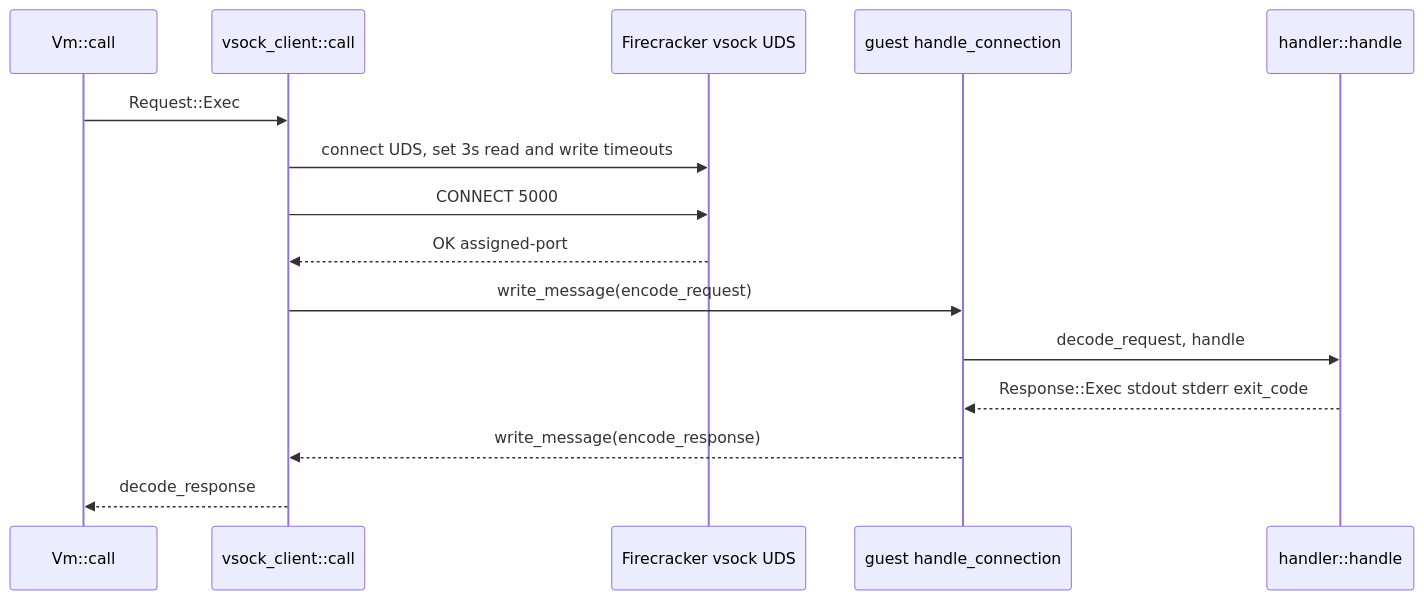
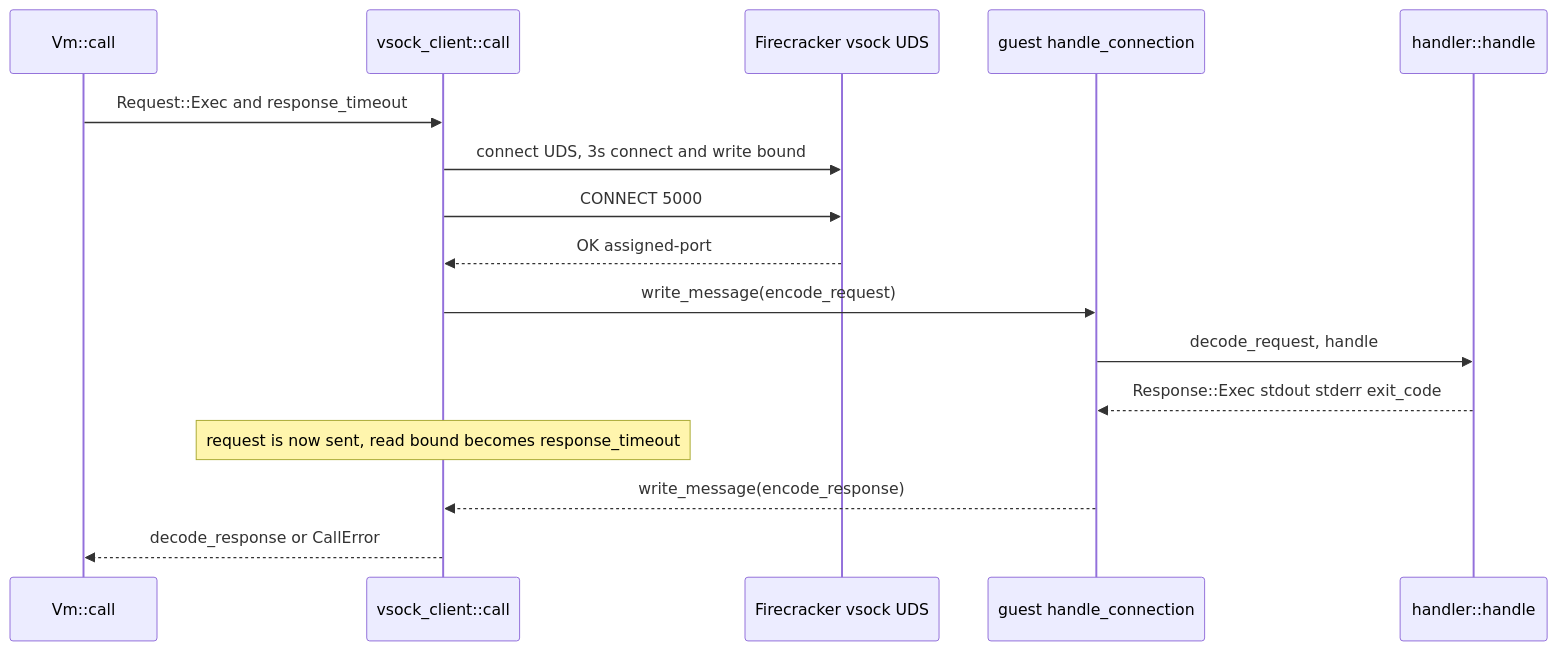
The second of 4 diagrams in website/src/content/engineering/02-vsock-protocol-and-guest-agent.md (SumitKumar-17/sandkiln), drawn with Mermaid before and after one commit. The commit also changed other lines of this file and 91 other files, not shown here.

````diff
--- a/website/src/content/engineering/02-vsock-protocol-and-guest-agent.md
+++ b/website/src/content/engineering/02-vsock-protocol-and-guest-agent.md
@@ -112,18 +113,19 @@
 ```mermaid
 sequenceDiagram
     participant VM as Vm::call
     participant VC as vsock_client::call
     participant FC as Firecracker vsock UDS
     participant GA as guest handle_connection
     participant H as handler::handle
 
-    VM->>VC: Request::Exec
-    VC->>FC: connect UDS, set 3s read and write timeouts
+    VM->>VC: Request::Exec and response_timeout
+    VC->>FC: connect UDS, 3s connect and write bound
     VC->>FC: CONNECT 5000
     FC-->>VC: OK assigned-port
     VC->>GA: write_message(encode_request)
     GA->>H: decode_request, handle
     H-->>GA: Response::Exec stdout stderr exit_code
+    Note over VC: request is now sent, read bound becomes response_timeout
     GA-->>VC: write_message(encode_response)
-    VC-->>VM: decode_response
+    VC-->>VM: decode_response or CallError
 ```
````
